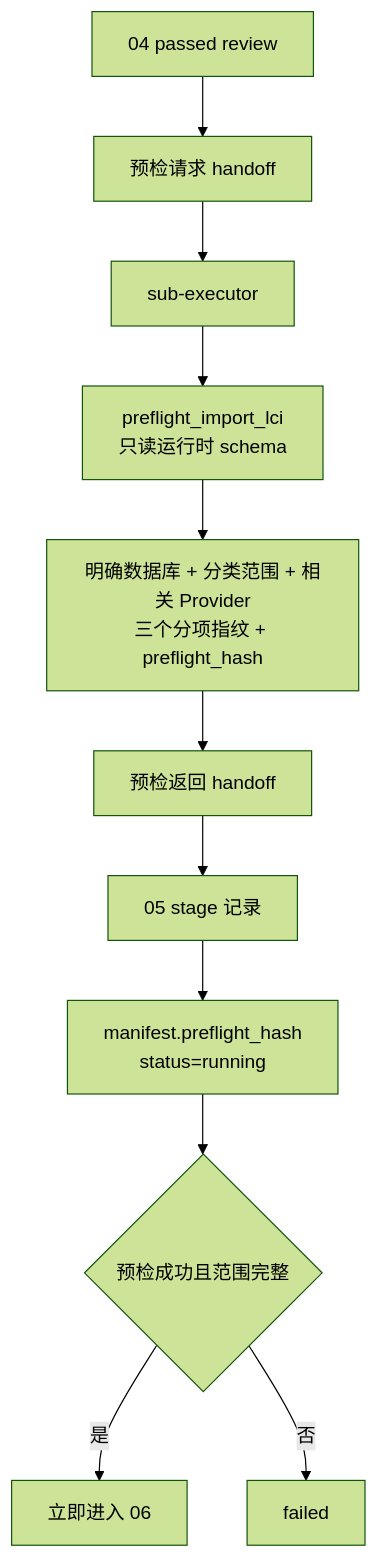
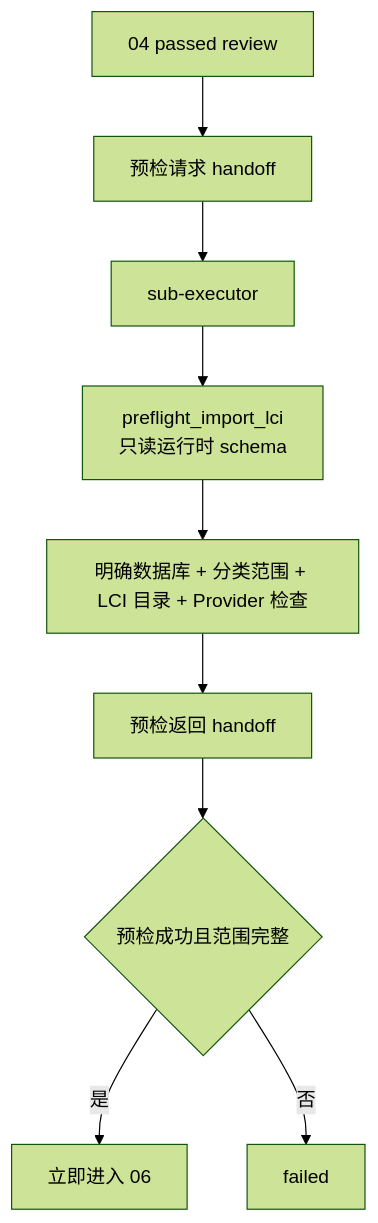
The diagram in harness/specs/05-openlca-preflight-confirmation/schema_mapping.md (mrzed891194322/Harness-driven-LCA-dev-agents), drawn with Mermaid (forest theme) before and after one commit. The commit also changed other lines of this file and 100 other files, not shown here.

````diff
--- a/harness/specs/05-openlca-preflight-confirmation/schema_mapping.md
+++ b/harness/specs/05-openlca-preflight-confirmation/schema_mapping.md
@@ -9,18 +9,16 @@
 ```mermaid
 flowchart TD
     review["04 passed review"]
     request["预检请求 handoff"]
     executor["sub-executor"]
     preflight["preflight_import_lci<br/>只读运行时 schema"]
-    scope["明确数据库 + 分类范围 + 相关 Provider<br/>三个分项指纹 + preflight_hash"]
+    scope["明确数据库 + 分类范围 + LCI 目录 + Provider 检查"]
     returned["预检返回 handoff"]
-    stage["05 stage 记录"]
-    manifest["manifest.preflight_hash<br/>status=running"]
     ok{"预检成功且范围完整"}
     next["立即进入 06"]
     stop["failed"]
 
-    review --> request --> executor --> preflight --> scope --> returned --> stage --> manifest --> ok
+    review --> request --> executor --> preflight --> scope --> returned --> ok
     ok -->|是| next
     ok -->|否| stop
 ```
````
